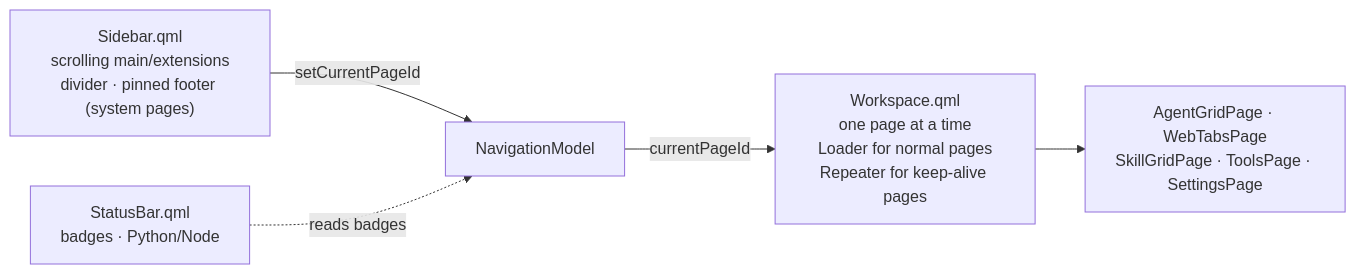
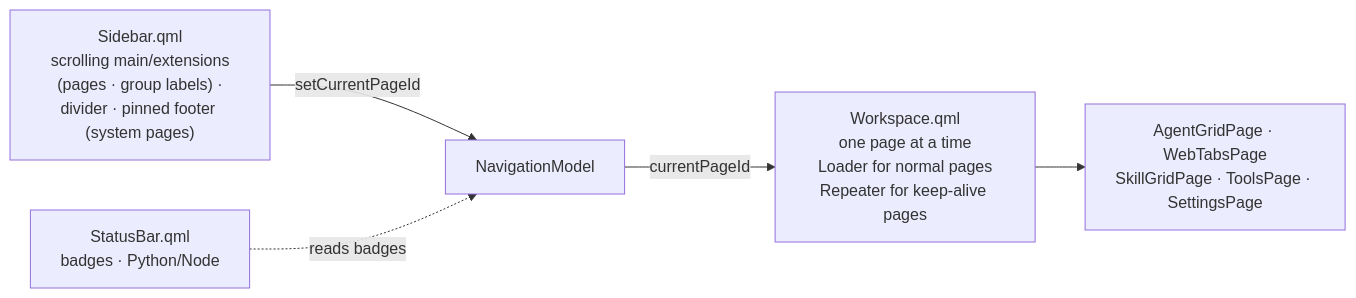
One commit to czyt1988/AgentWorkbench changed the fourth of 4 diagrams in docs/architecture/index.md. Above: the diagram before and after it, drawn with Mermaid. The commit also changed other lines of this file and 19 other files, not shown here.

First line of the commit message:
docs: the sidebar group label, its reserved second level and the renamed page

````diff
--- a/docs/architecture/index.md
+++ b/docs/architecture/index.md
@@ -165,12 +165,12 @@
 ```mermaid
 flowchart LR
-    Sidebar["Sidebar.qml<br/>scrolling main/extensions<br/>divider · pinned footer (system pages)"]
+    Sidebar["Sidebar.qml<br/>scrolling main/extensions<br/>(pages · group labels) ·<br/>divider · pinned footer (system pages)"]
     Workspace["Workspace.qml<br/>one page at a time<br/>Loader for normal pages<br/>Repeater for keep-alive pages"]
     StatusBar["StatusBar.qml<br/>badges · Python/Node"]
     Nav["NavigationModel"]
     Pages["AgentGridPage · WebTabsPage<br/>SkillGridPage · ToolsPage · SettingsPage"]
     Sidebar -->|setCurrentPageId| Nav
     Nav -->|currentPageId| Workspace
     Workspace --> Pages
     StatusBar -.->|reads badges| Nav
 ```
````
